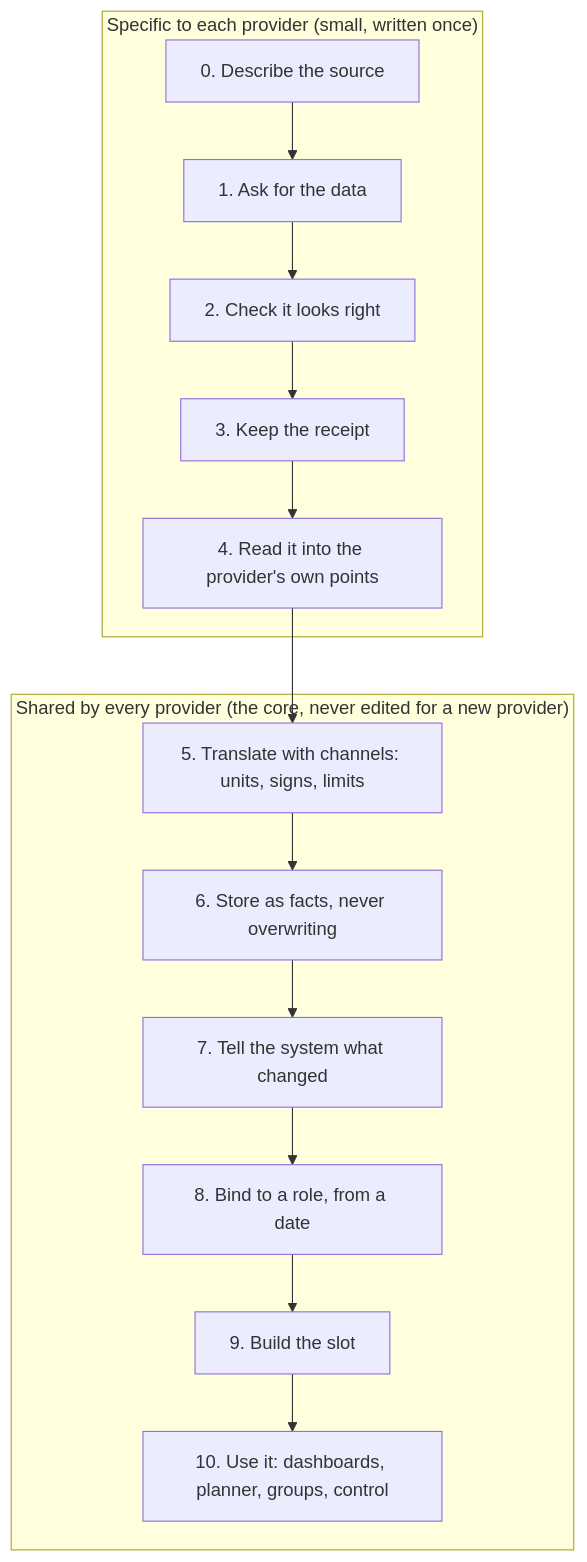
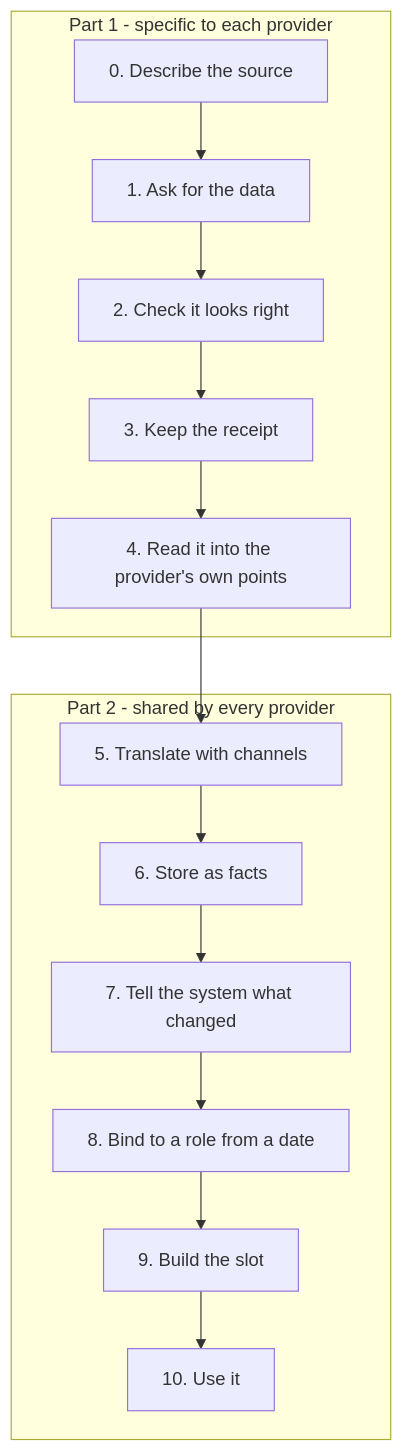
One commit to sshahriazz/energiebee-core-prototype changed the first of 3 diagrams in docs/provider-to-slot-guide.md. Above: the diagram before and after it, drawn with Mermaid. The commit also changed other lines of this file and 1 other file, not shown here.

Commit message:
Docs: plain overview diagrams that render in more viewers (no cylinders, colons or parentheses in titles)

````diff
--- a/docs/provider-to-slot-guide.md
+++ b/docs/provider-to-slot-guide.md
@@ -20,21 +20,30 @@
 ```mermaid
 flowchart TB
-  subgraph SPECIFIC["Specific to each provider (small, written once)"]
+  subgraph SPECIFIC["Part 1 - specific to each provider"]
     A["0. Describe the source"]
     B["1. Ask for the data"]
     C["2. Check it looks right"]
     D["3. Keep the receipt"]
     E["4. Read it into the provider's own points"]
   end
 
-  subgraph SHARED["Shared by every provider (the core, never edited for a new provider)"]
-    F["5. Translate with channels: units, signs, limits"]
-    G["6. Store as facts, never overwriting"]
+  subgraph SHARED["Part 2 - shared by every provider"]
+    F["5. Translate with channels"]
+    G["6. Store as facts"]
     H["7. Tell the system what changed"]
-    I["8. Bind to a role, from a date"]
+    I["8. Bind to a role from a date"]
     J["9. Build the slot"]
-    K["10. Use it: dashboards, planner, groups, control"]
+    K["10. Use it"]
   end
 
-  A --> B --> C --> D --> E --> F --> G --> H --> I --> J --> K
+  A --> B
+  B --> C
+  C --> D
+  D --> E
+  E --> F
+  F --> G
+  G --> H
+  H --> I
+  I --> J
+  J --> K
 ```
````
